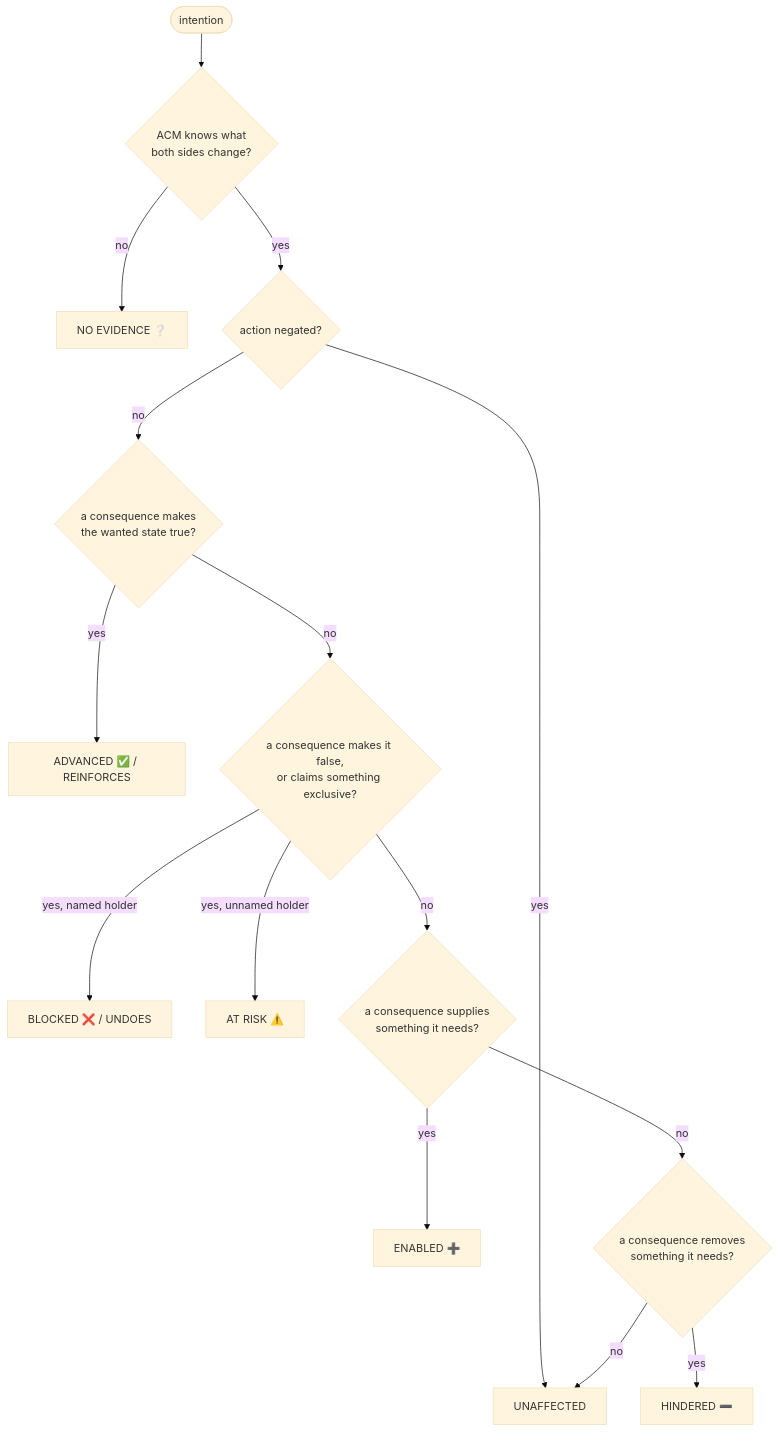
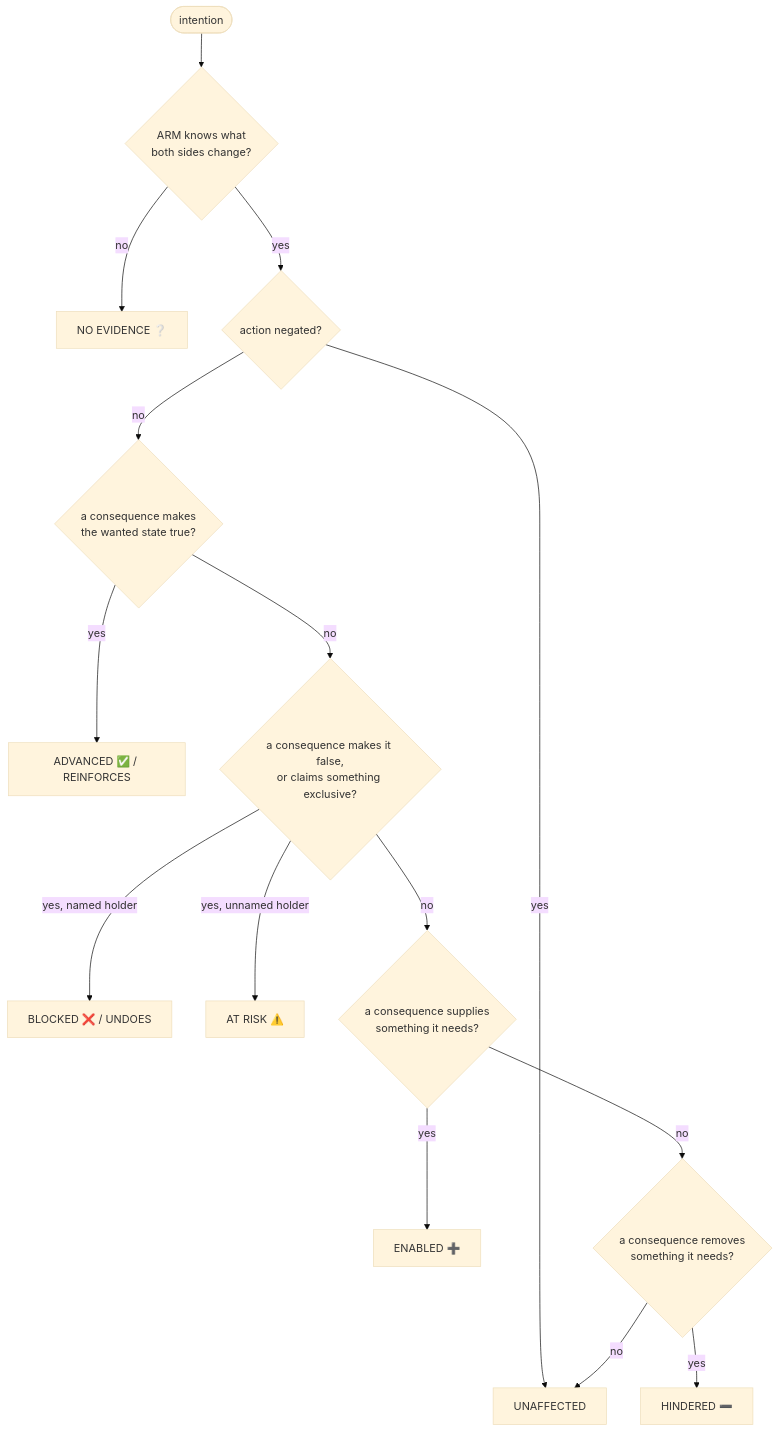
Before and after one commit to Sherlock2019/ACM: the seventh of 15 diagrams in README.md, drawn with Mermaid (base theme). The commit also changed other lines of this file, not shown here.

First line of the commit message:
README: ARM brand; why ARM (LLM limits), so what (vs LLM mode), Step 9 Unreal Engine 5, what next; home page replaces tour at /

````diff
--- a/README.md
+++ b/README.md
@@ -462,17 +540,17 @@
 ```mermaid
 flowchart TD
-  START([intention]) --> K{ACM knows what<br/>both sides change?}
+  START([intention]) --> K{ARM knows what<br/>both sides change?}
   K -- no --> NE[NO EVIDENCE ❔]
   K -- yes --> N{action negated?}
   N -- yes --> UN[UNAFFECTED]
   N -- no --> A{a consequence makes<br/>the wanted state true?}
   A -- yes --> ADV[ADVANCED ✅ / REINFORCES]
   A -- no --> B{a consequence makes it false,<br/>or claims something exclusive?}
   B -- "yes, named holder" --> BLK[BLOCKED ❌ / UNDOES]
   B -- "yes, unnamed holder" --> RISK[AT RISK ⚠️]
   B -- no --> C{a consequence supplies<br/>something it needs?}
   C -- yes --> ENA[ENABLED ➕]
   C -- no --> D{a consequence removes<br/>something it needs?}
   D -- yes --> HIN[HINDERED ➖]
   D -- no --> UN
 ```
````
